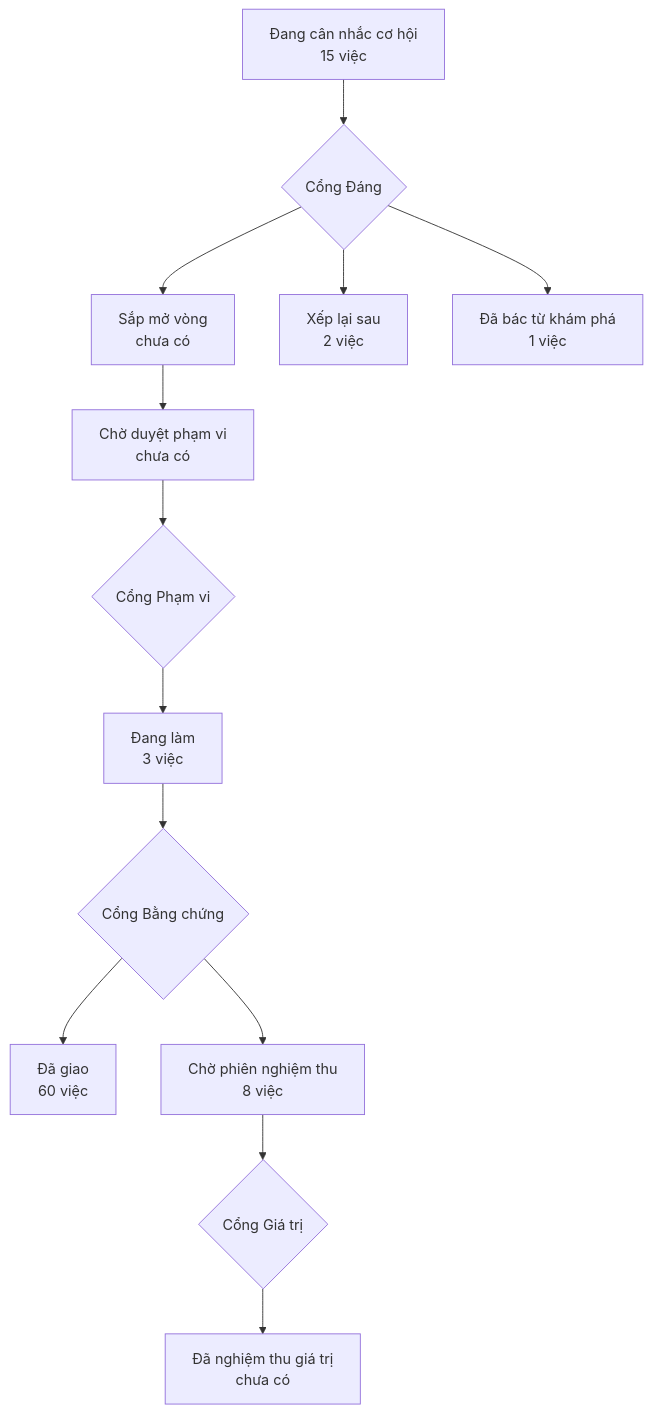
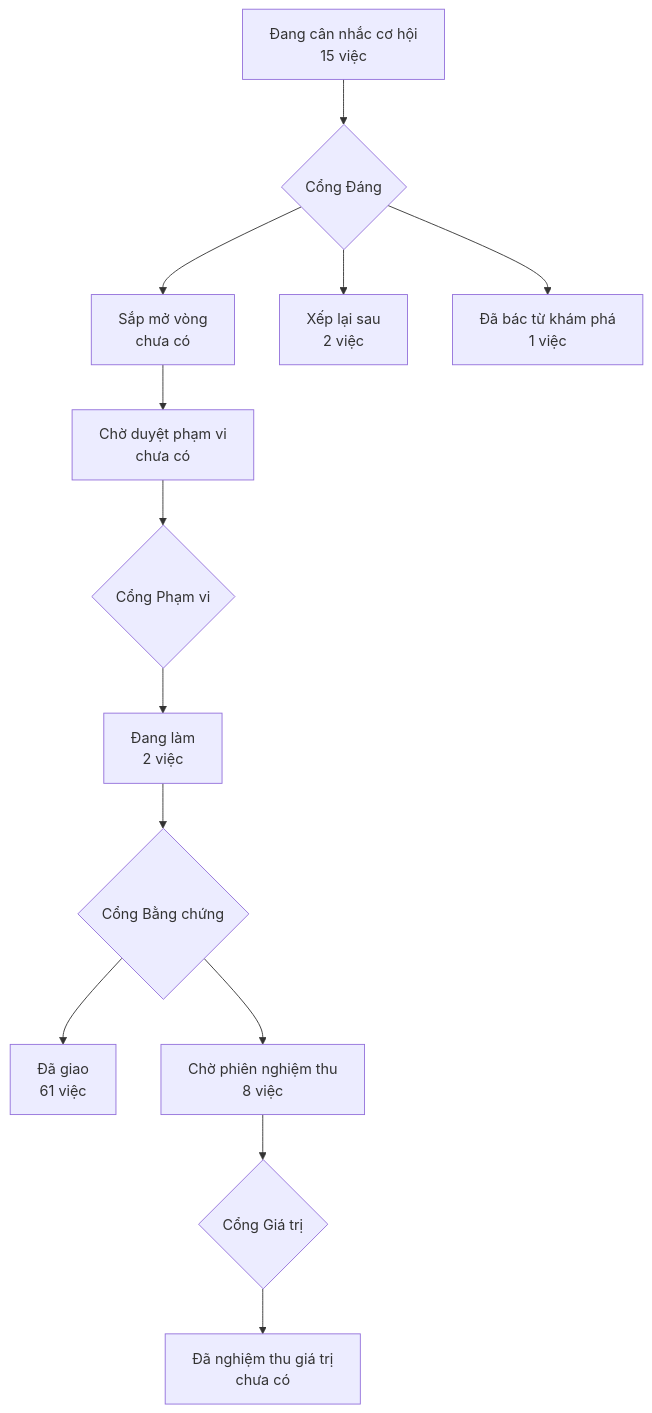
One commit to phanlemanh/acceptance-gate-kit changed the diagram in PRODUCT-MAP.md. Above: the diagram before and after it, drawn with Mermaid. The commit also changed 2 other files, not shown here.

Commit message:
Gate Bằng chứng signoff: release-2-5-0 — Manh Phan, ký với 4 known-limits đã khai

````diff
--- a/PRODUCT-MAP.md
+++ b/PRODUCT-MAP.md
@@ -6,12 +6,12 @@
 ```mermaid
 flowchart TD
   A["Đang cân nhắc cơ hội<br/>15 việc"] --> GD{"Cổng Đáng"}
   GD --> B["Sắp mở vòng<br/>chưa có"]
   GD --> XL["Xếp lại sau<br/>2 việc"]
   GD --> DB["Đã bác từ khám phá<br/>1 việc"]
   B --> CD["Chờ duyệt phạm vi<br/>chưa có"] --> GP{"Cổng Phạm vi"}
-  GP --> DL["Đang làm<br/>3 việc"] --> GB{"Cổng Bằng chứng"}
-  GB --> DG["Đã giao<br/>60 việc"]
+  GP --> DL["Đang làm<br/>2 việc"] --> GB{"Cổng Bằng chứng"}
+  GB --> DG["Đã giao<br/>61 việc"]
   GB --> CN["Chờ phiên nghiệm thu<br/>8 việc"] --> GG{"Cổng Giá trị"}
   GG --> NT["Đã nghiệm thu giá trị<br/>chưa có"]
 ```
````
